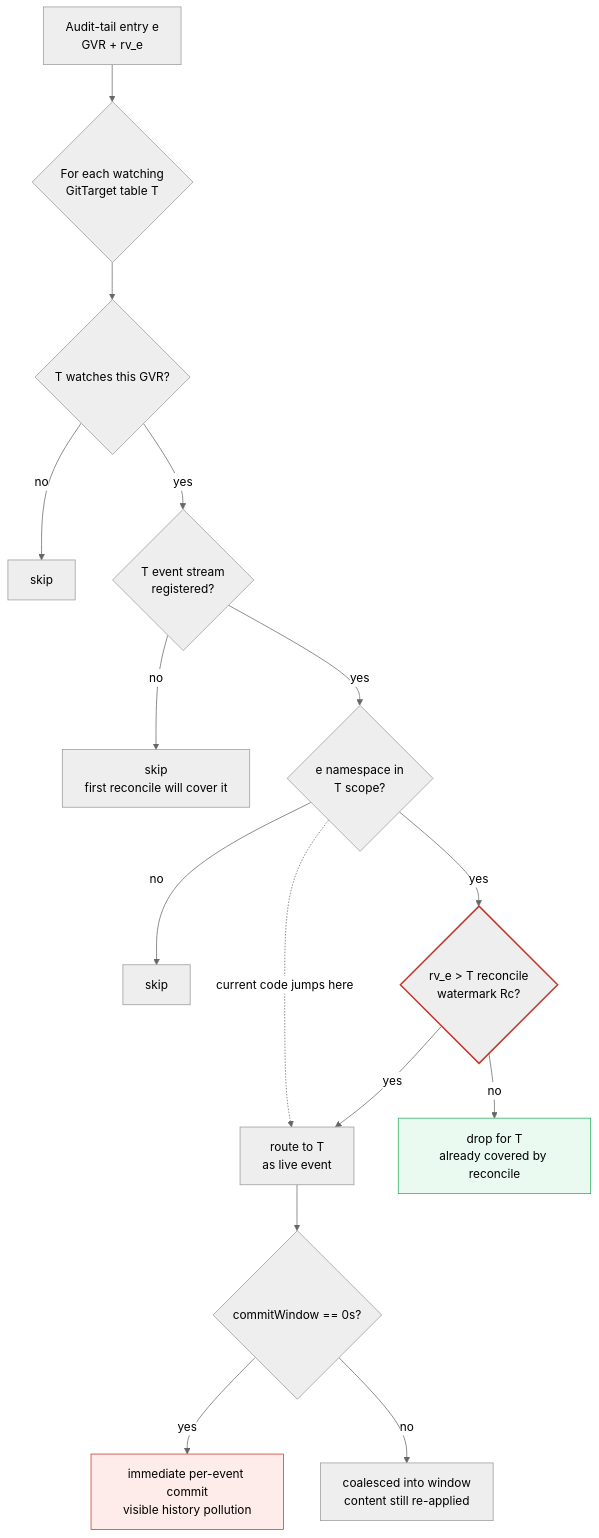
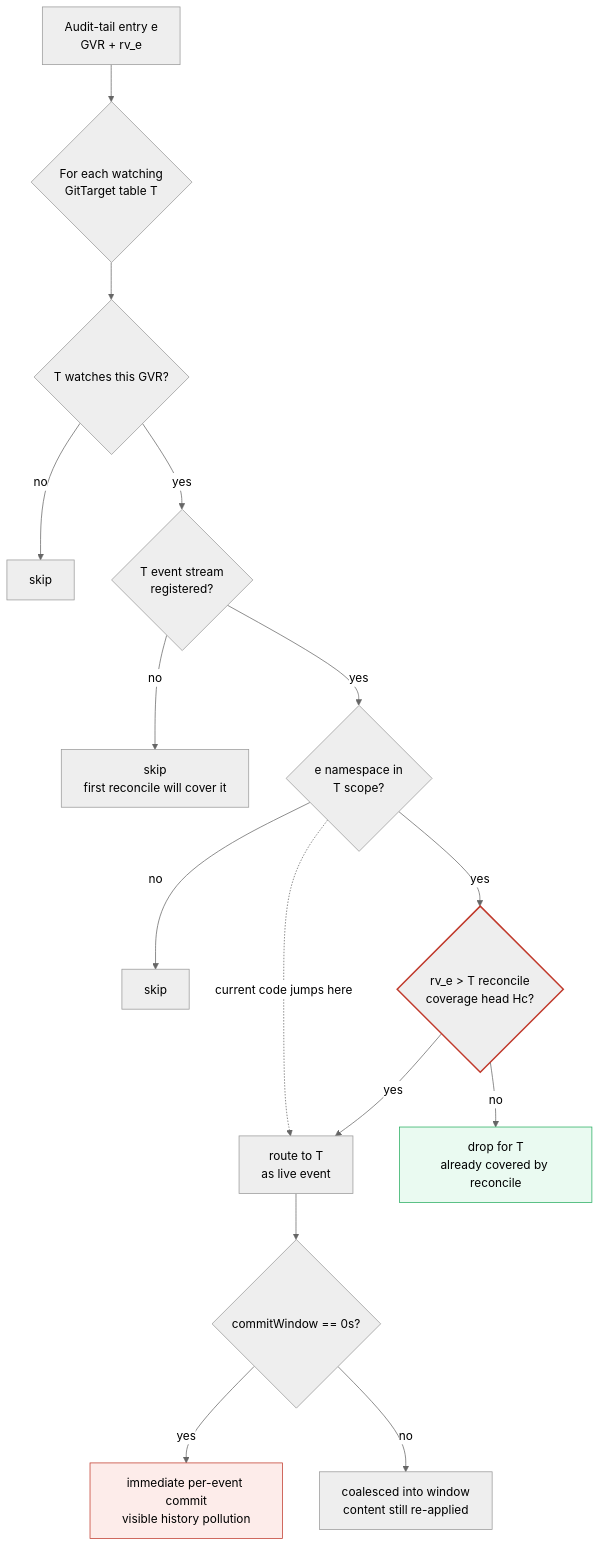
Before and after one commit to ConfigButler/gitops-reverser: the second of 7 diagrams in docs/design/stream/signing-snapshot-tail-replay-failure-investigation.md, drawn with Mermaid (neutral theme). The commit also changed other lines of this file and 2 other files, not shown here.

````diff
--- a/docs/design/stream/signing-snapshot-tail-replay-failure-investigation.md
+++ b/docs/design/stream/signing-snapshot-tail-replay-failure-investigation.md
@@ -185,21 +222,21 @@
 ```mermaid
 flowchart TD
   E["Audit-tail entry e<br/>GVR + rv_e"] --> T{"For each watching<br/>GitTarget table T"}
   T --> G1{"T watches this GVR?"}
   G1 -- no --> SK1["skip"]
   G1 -- yes --> G2{"T event stream<br/>registered?"}
   G2 -- no --> SK2["skip<br/>first reconcile will cover it"]
   G2 -- yes --> G3{"e namespace in<br/>T scope?"}
   G3 -- no --> SK3["skip"]
-  G3 -- yes --> G4{"rv_e > T reconcile<br/>watermark Rc?"}
+  G3 -- yes --> G4{"rv_e > T reconcile<br/>coverage head Hc?"}
   G4 -- yes --> ROUTE["route to T<br/>as live event"]
   G4 -- no --> DROP["drop for T<br/>already covered by reconcile"]
   G3 -. "current code jumps here" .-> ROUTE
   ROUTE --> CW{"commitWindow == 0s?"}
   CW -- yes --> BAD["immediate per-event commit<br/>visible history pollution"]
   CW -- no --> HIDDEN["coalesced into window<br/>content still re-applied"]
 
   style G4 stroke:#c0392b,stroke-width:2px
   style DROP fill:#eafaf1,stroke:#27ae60
   style BAD fill:#fdecea,stroke:#c0392b
 ```
````
